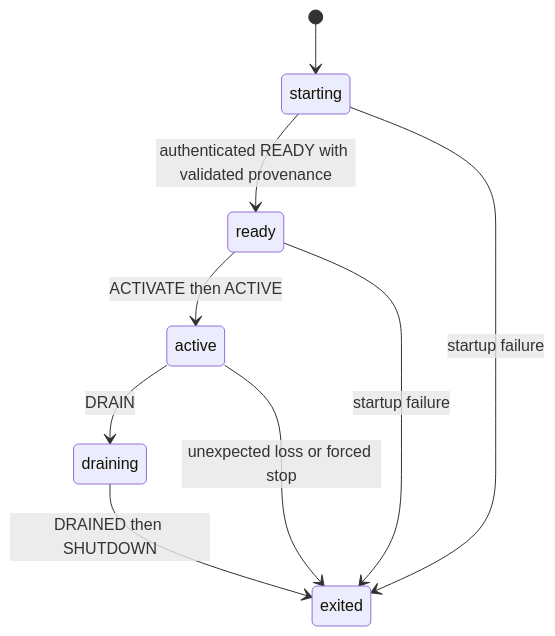
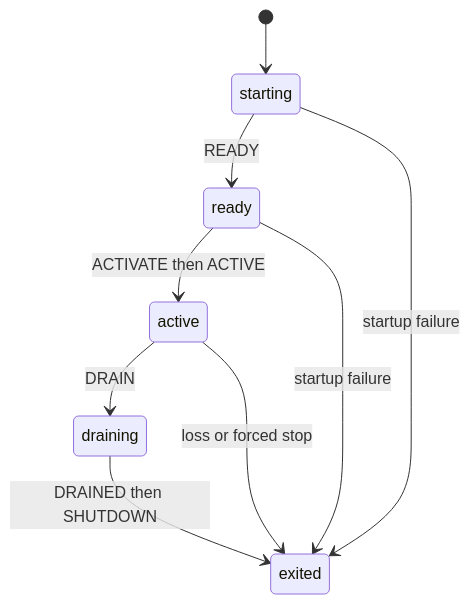
The second of 3 diagrams in spec/agent-ui/05-runtime-subagents-and-surfaces.md (LTThreeComma/agent-foundation), drawn with Mermaid before and after one commit. The commit also changed other lines of this file and 132 other files, not shown here.

````diff
--- a/spec/agent-ui/05-runtime-subagents-and-surfaces.md
+++ b/spec/agent-ui/05-runtime-subagents-and-surfaces.md
@@ -105,11 +78,11 @@
 ```mermaid
 stateDiagram-v2
     [*] --> starting
-    starting --> ready: authenticated READY with validated provenance
+    starting --> ready: READY
     ready --> active: ACTIVATE then ACTIVE
     active --> draining: DRAIN
     draining --> exited: DRAINED then SHUTDOWN
     starting --> exited: startup failure
     ready --> exited: startup failure
-    active --> exited: unexpected loss or forced stop
+    active --> exited: loss or forced stop
 ```
````
